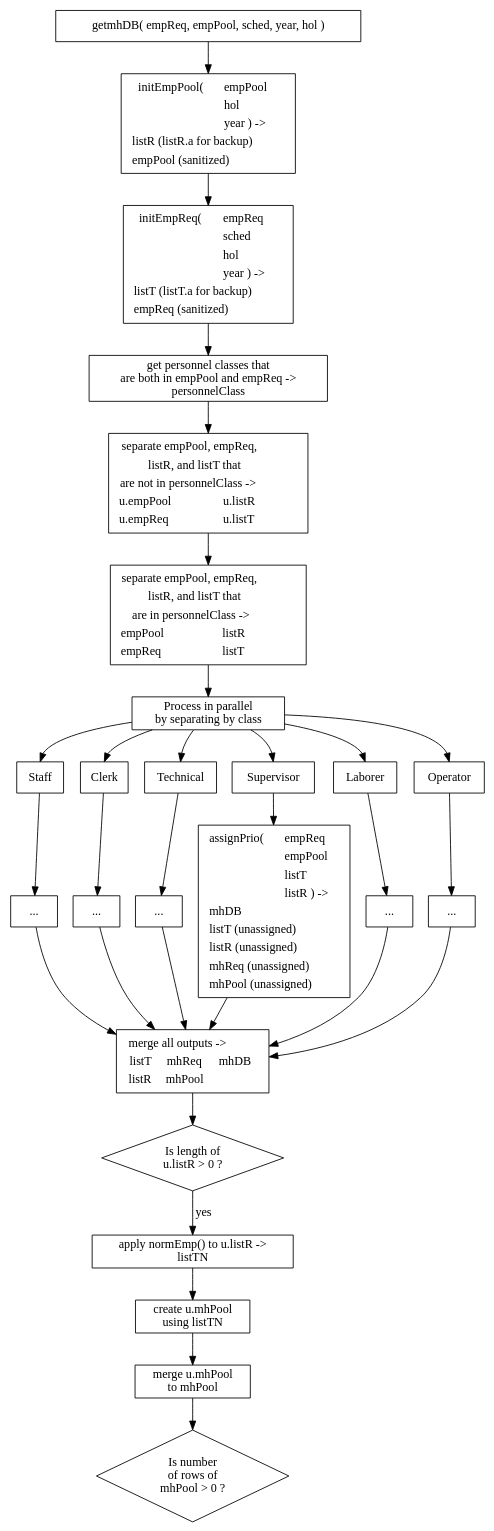
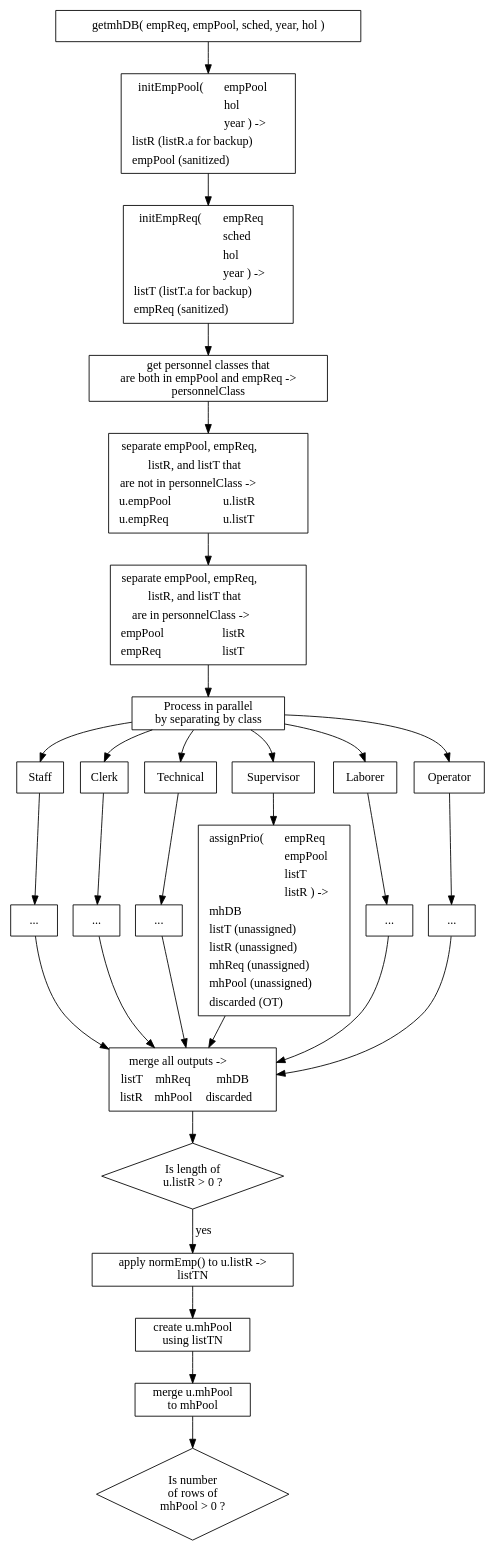
The diagram in vignettes/flow_getmhDB.Rmd (basilrabi/mansched), drawn with Graphviz before and after one commit. The commit also changed 17 other files, not shown here.

```diff
--- a/vignettes/flow_getmhDB.Rmd
+++ b/vignettes/flow_getmhDB.Rmd
@@ -72,6 +72,7 @@
   <TR><TD COLSPAN="2" ALIGN="left">listR &#40;unassigned&#41;</TD></TR>
   <TR><TD COLSPAN="2" ALIGN="left">mhReq &#40;unassigned&#41;</TD></TR>
   <TR><TD COLSPAN="2" ALIGN="left">mhPool &#40;unassigned&#41;</TD></TR>
+  <TR><TD COLSPAN="2" ALIGN="left">discarded &#40;OT&#41;</TD></TR>
 </TABLE>>]
     assignPrioClerk [label = "..."]
     assignPrioLaborer [label = "..."]
@@ -89,6 +90,7 @@
   <TR>
     <TD>listR</TD>
     <TD>mhPool</TD>
+    <TD>discarded</TD>
   </TR>
 </TABLE>>]
     normEmp [label = "apply normEmp() to u.listR ->
```
